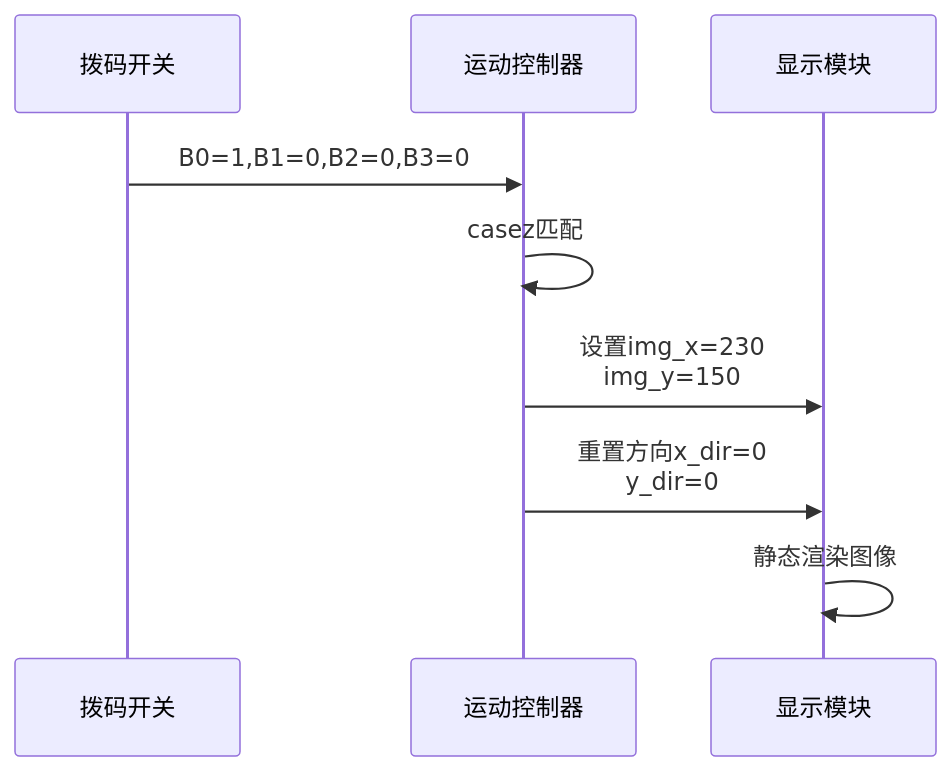
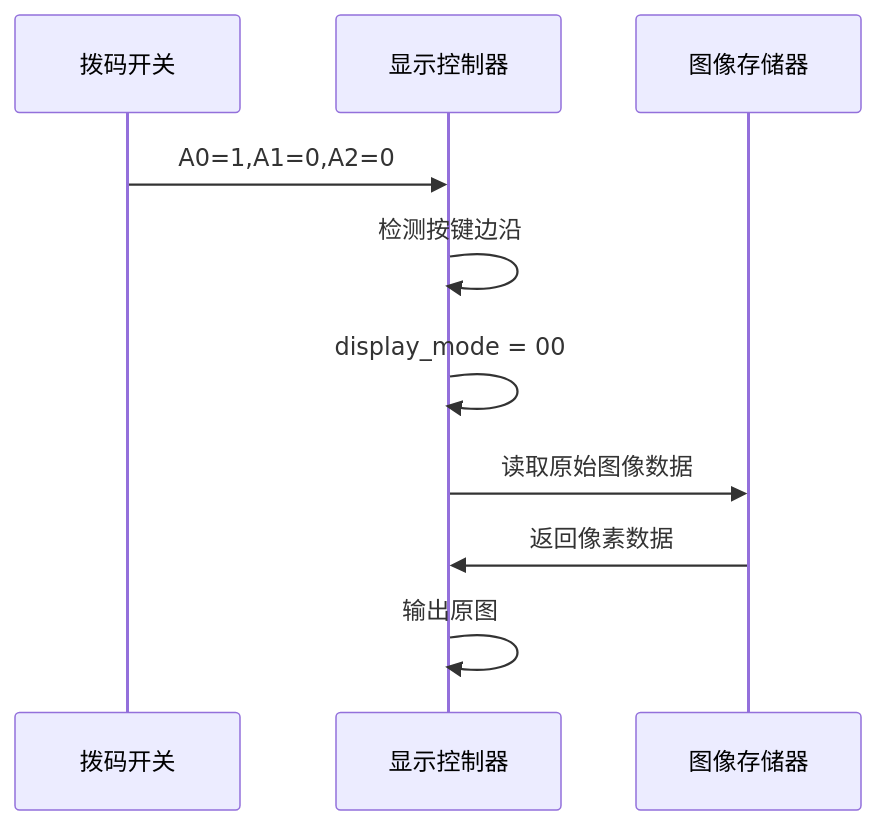
Before and after one commit to soupherexd/LCD_ROM_PIC: the fifth of 16 diagrams in .qoder/repowiki/zh/content/运动控制.md, drawn with Mermaid. The commit also changed other lines of this file and 5 other files, not shown here.

````diff
--- a/.qoder/repowiki/zh/content/运动控制.md
+++ b/.qoder/repowiki/zh/content/运动控制.md
@@ -171,11 +224,12 @@
 ```mermaid
 sequenceDiagram
 participant Switch as 拨码开关
-participant Controller as 运动控制器
-participant Display as 显示模块
-Switch->>Controller : B0=1,B1=0,B2=0,B3=0
-Controller->>Controller : casez匹配
-Controller->>Display : 设置img_x=230<br/>img_y=150
-Controller->>Display : 重置方向x_dir=0<br/>y_dir=0
-Display->>Display : 静态渲染图像
+participant Controller as 显示控制器
+participant ROM as 图像存储器
+Switch->>Controller : A0=1,A1=0,A2=0
+Controller->>Controller : 检测按键边沿
+Controller->>Controller : display_mode = 00
+Controller->>ROM : 读取原始图像数据
+ROM->>Controller : 返回像素数据
+Controller->>Controller : 输出原图
 ```
````
